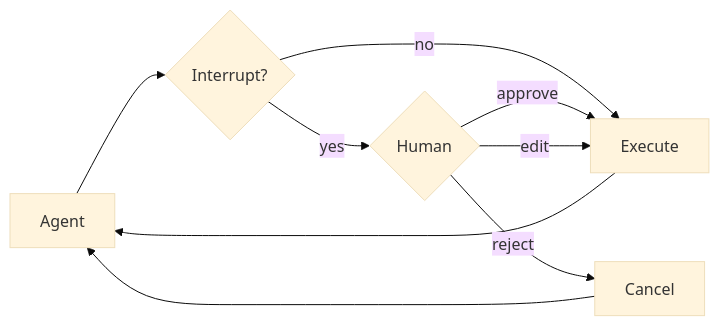
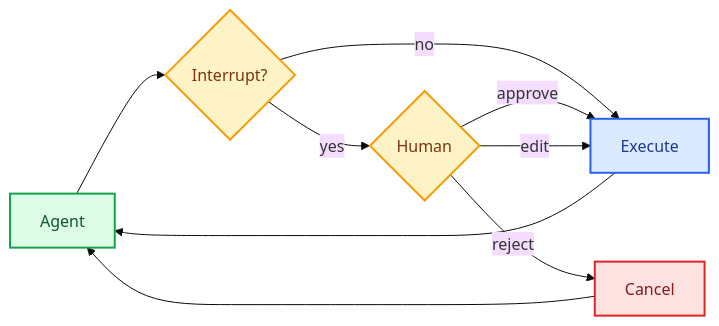
Before and after one commit to kunfan96/cndocs-langchain: the diagram in oss/javascript/deepagents/human-in-the-loop.mdx, drawn with Mermaid (base theme). The commit also changed other lines of this file and 2611 other files, not shown here.

````diff
--- a/oss/javascript/deepagents/human-in-the-loop.mdx
+++ b/oss/javascript/deepagents/human-in-the-loop.mdx
@@ -10,13 +11,23 @@
 ```mermaid
 graph LR
     Agent[Agent] --> Check{Interrupt?}
     Check --> |no| Execute[Execute]
     Check --> |yes| Human{Human}
 
     Human --> |approve| Execute
     Human --> |edit| Execute
     Human --> |reject| Cancel[Cancel]
 
     Execute --> Agent
     Cancel --> Agent
+
+    classDef trigger fill:#DCFCE7,stroke:#16A34A,stroke-width:2px,color:#14532D
+    classDef process fill:#DBEAFE,stroke:#2563EB,stroke-width:2px,color:#1E3A8A
+    classDef decision fill:#FEF3C7,stroke:#F59E0B,stroke-width:2px,color:#78350F
+    classDef alert fill:#FEE2E2,stroke:#DC2626,stroke-width:2px,color:#7F1D1D
+
+    class Agent trigger
+    class Check,Human decision
+    class Execute process
+    class Cancel alert
 ```
````
